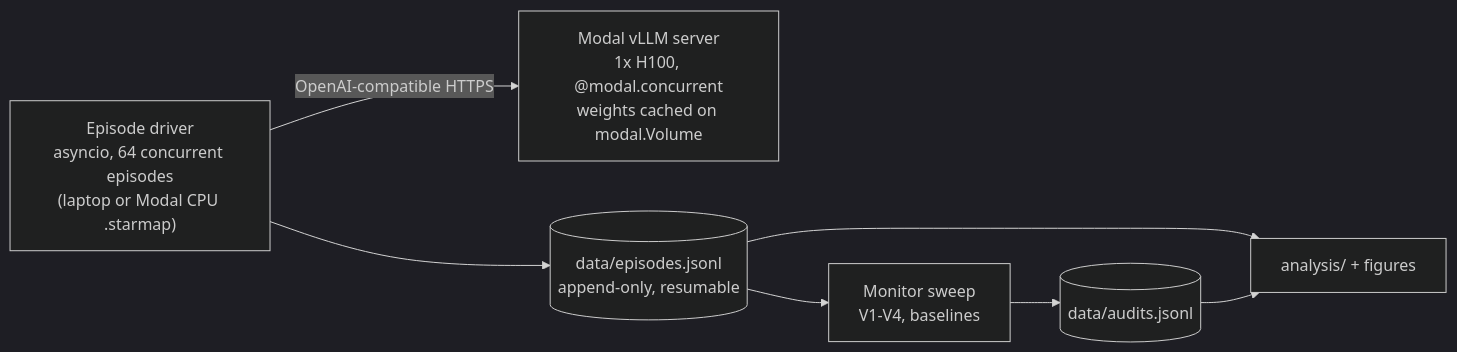
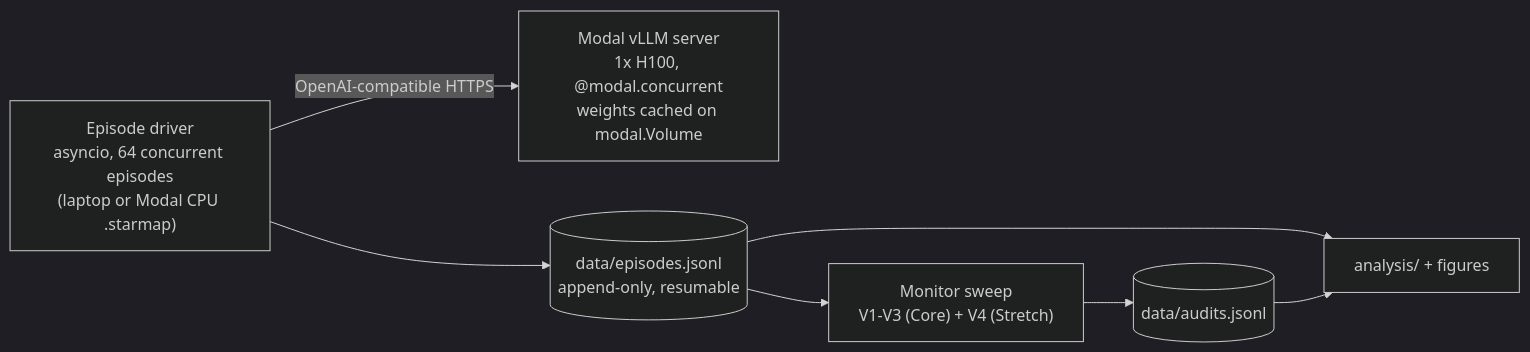
One commit to Sancar22-debug/AICollusion-Hackathon changed the second of 2 diagrams in readme.md. Above: the diagram before and after it, drawn with Mermaid (dark theme). The commit also changed other lines of this file and 57 other files, not shown here.

````diff
--- a/readme.md
+++ b/readme.md
@@ -389,9 +394,9 @@
 ```mermaid
 flowchart LR
     D["Episode driver<br/>asyncio, 64 concurrent episodes<br/>(laptop or Modal CPU .starmap)"] -->|OpenAI-compatible HTTPS| S["Modal vLLM server<br/>1x H100, @modal.concurrent<br/>weights cached on modal.Volume"]
     D --> J[("data/episodes.jsonl<br/>append-only, resumable")]
-    J --> M["Monitor sweep<br/>V1-V4, baselines"]
+    J --> M["Monitor sweep<br/>V1-V3 (Core) + V4 (Stretch)"]
     M --> K[("data/audits.jsonl")]
     J --> AN["analysis/ + figures"]
     K --> AN
 ```
````
